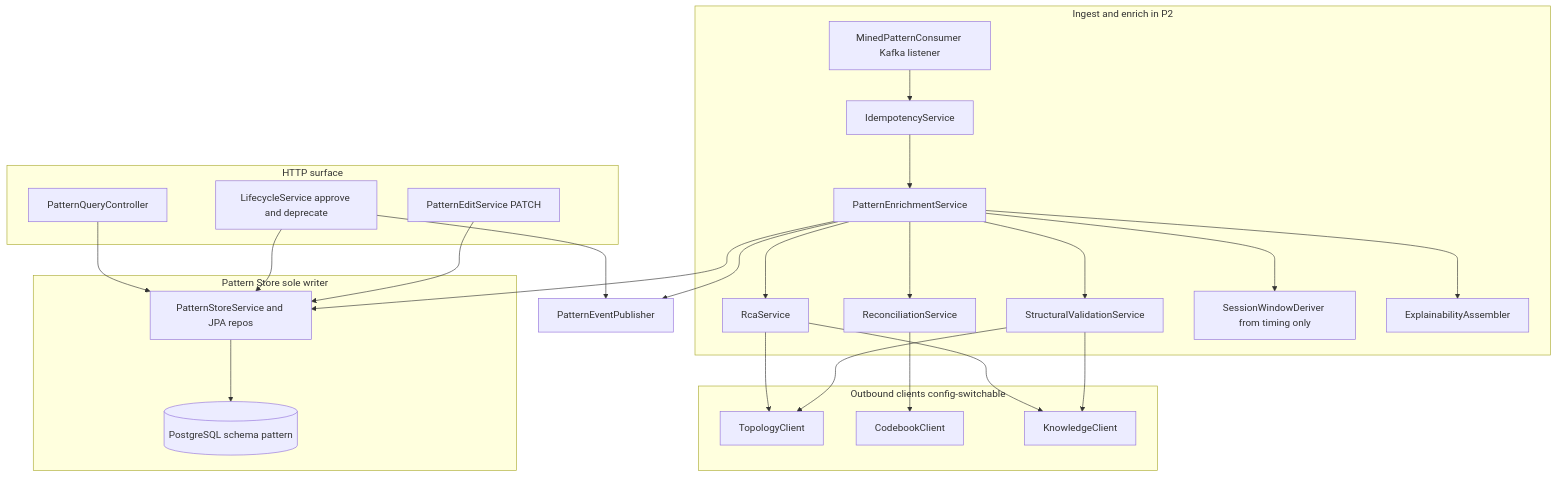
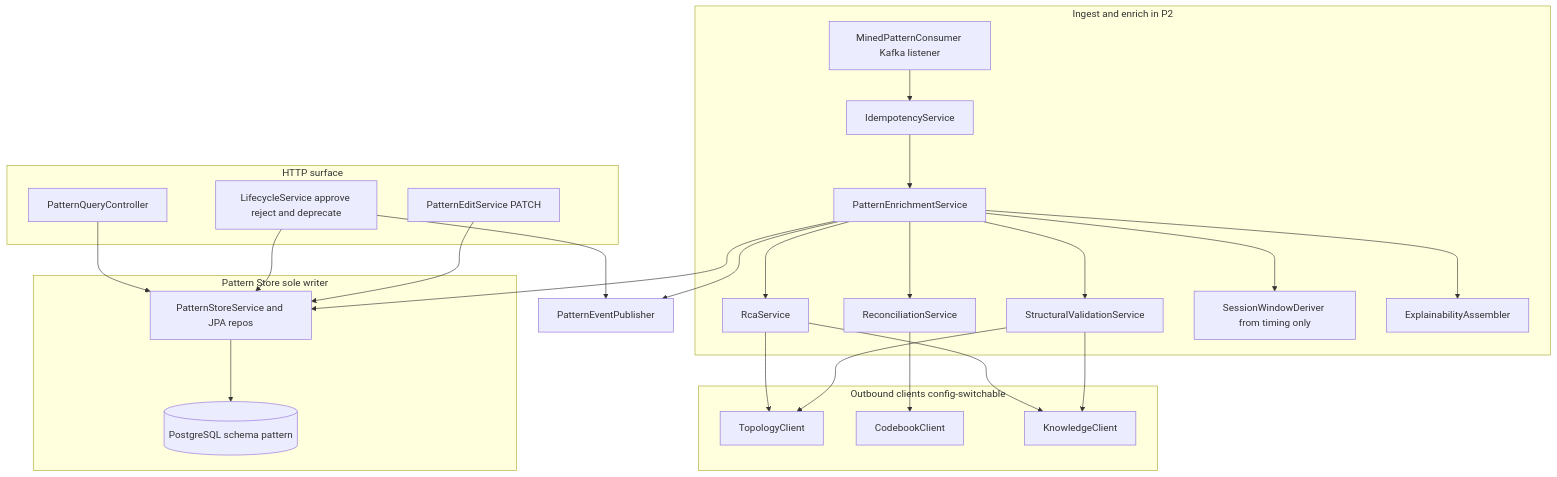
One commit to nikhilmohan/correlation-platform changed the first of 9 diagrams in services/pattern-manager/design.md. Above: the diagram before and after it, drawn with Mermaid. The commit also changed other lines of this file and 1 other file, not shown here.

````diff
--- a/services/pattern-manager/design.md
+++ b/services/pattern-manager/design.md
@@ -125,48 +129,48 @@
 ```mermaid
 flowchart TB
   subgraph ingest["Ingest and enrich in P2"]
     KC["MinedPatternConsumer Kafka listener"]
     IDEM["IdempotencyService"]
     ENR["PatternEnrichmentService"]
     RCA["RcaService"]
     SV["StructuralValidationService"]
     REC["ReconciliationService"]
     SWD["SessionWindowDeriver from timing only"]
     XAI["ExplainabilityAssembler"]
   end
   subgraph http["HTTP surface"]
     QRY["PatternQueryController"]
-    LIFE["LifecycleService approve and deprecate"]
+    LIFE["LifecycleService approve reject and deprecate"]
     EDIT["PatternEditService PATCH"]
   end
   subgraph clients["Outbound clients config-switchable"]
     TOPO["TopologyClient"]
     CB["CodebookClient"]
     KN["KnowledgeClient"]
   end
   subgraph store["Pattern Store sole writer"]
     PSS["PatternStoreService and JPA repos"]
     DB[("PostgreSQL schema pattern")]
   end
   PUB["PatternEventPublisher"]
 
   KC --> IDEM
   IDEM --> ENR
   ENR --> RCA
   ENR --> SV
   ENR --> REC
   ENR --> SWD
   ENR --> XAI
   RCA --> TOPO
   RCA --> KN
   SV --> TOPO
   SV --> KN
   REC --> CB
   ENR --> PSS
   PSS --> DB
   ENR --> PUB
   QRY --> PSS
   LIFE --> PSS
   LIFE --> PUB
   EDIT --> PSS
 ```
````
